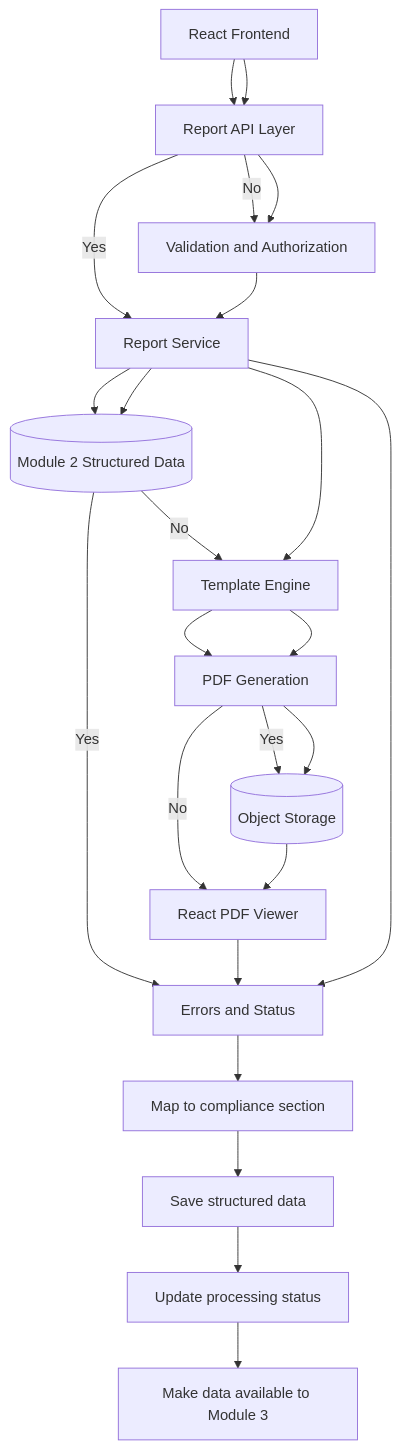
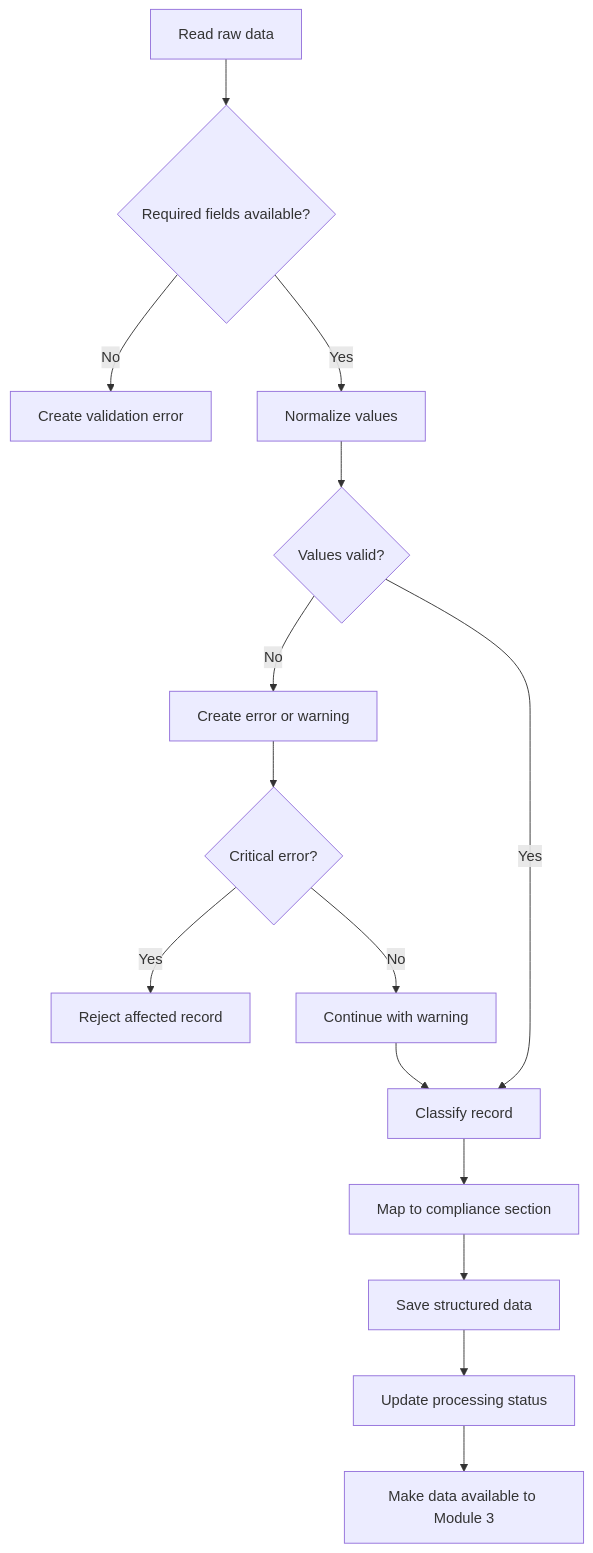
The ninth of 21 diagrams in README.md (Aseries-Group/MACE), drawn with Mermaid before and after one commit. The commit also changed other lines of this file, not shown here.

````diff
--- a/README.md
+++ b/README.md
@@ -1372,27 +1224,17 @@
 ```mermaid
 flowchart TD
     A[Read raw data] --> B{Required fields available?}
     B -- No --> C[Create validation error]
     B -- Yes --> D[Normalize values]
     D --> E{Values valid?}
     E -- No --> F[Create error or warning]
     F --> G{Critical error?}
     G -- Yes --> H[Reject affected record]
     G -- No --> I[Continue with warning]
     E -- Yes --> J[Classify record]
     I --> J
     J --> K[Map to compliance section]
     K --> L[Save structured data]
     L --> M[Update processing status]
     M --> N[Make data available to Module 3]
-
-    A[React Frontend] --> B[Report API Layer]
-    B --> C[Validation and Authorization]
-    C --> D[Report Service]
-    D --> E[(Module 2 Structured Data)]
-    D --> F[Template Engine]
-    F --> G[PDF Generation]
-    G --> H[(Object Storage)]
-    H --> I[React PDF Viewer]
-    D --> J[Errors and Status]
 ```
````
